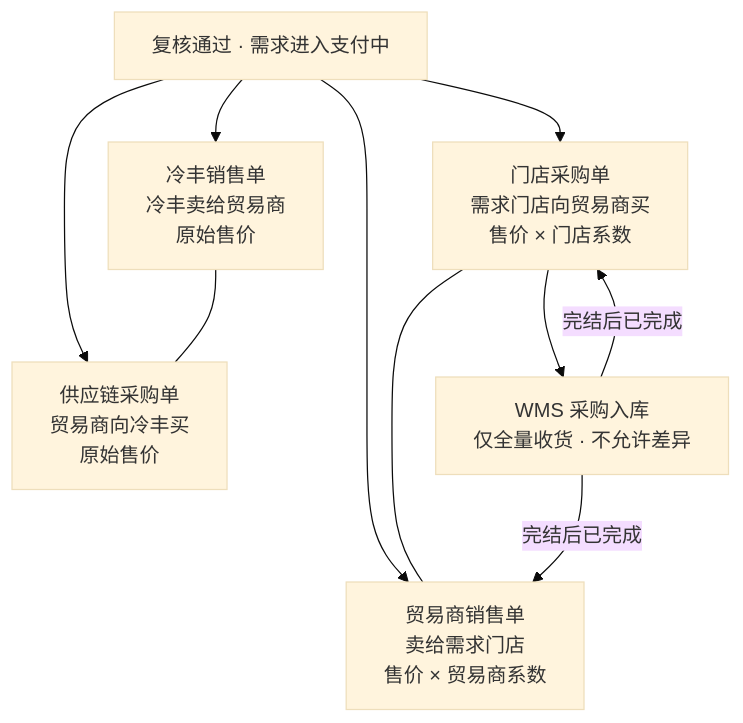
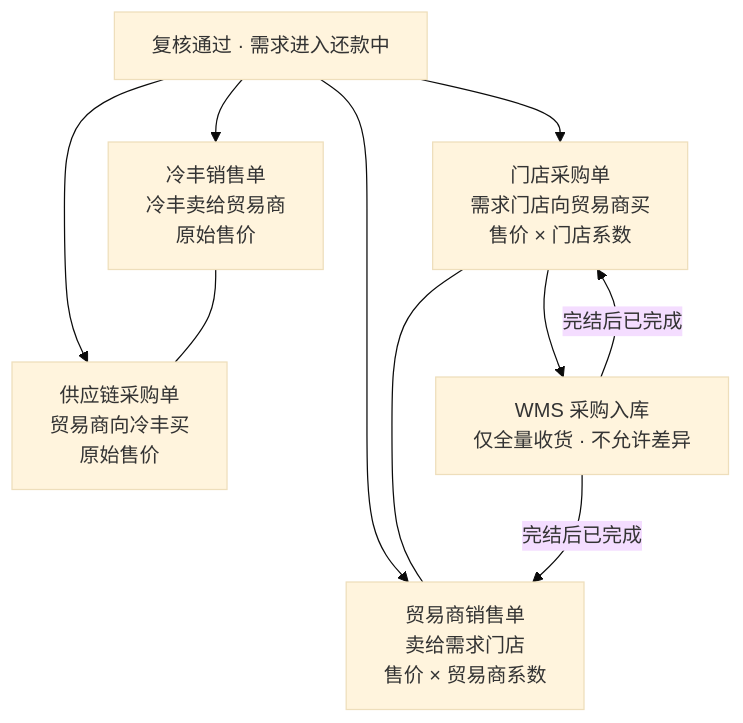
The second of 4 diagrams in RBT/docs/需求复核后单据方案.md (342-droid/LFerp), drawn with Mermaid (base theme) before and after one commit. The commit also changed other lines of this file and 24 other files, not shown here.

````diff
--- a/RBT/docs/需求复核后单据方案.md
+++ b/RBT/docs/需求复核后单据方案.md
@@ -50,12 +50,12 @@
 ```mermaid
 flowchart TB
-  R[复核通过 · 需求进入支付中] --> S0[冷丰销售单<br/>冷丰卖给贸易商<br/>原始售价]
+  R[复核通过 · 需求进入还款中] --> S0[冷丰销售单<br/>冷丰卖给贸易商<br/>原始售价]
   R --> P1[供应链采购单<br/>贸易商向冷丰买<br/>原始售价]
   R --> P2[门店采购单<br/>需求门店向贸易商买<br/>售价 × 门店系数]
   R --> S1[贸易商销售单<br/>卖给需求门店<br/>售价 × 贸易商系数]
   S0 --- P1
   P2 --- S1
   P2 --> IBD[WMS 采购入库<br/>仅全量收货 · 不允许差异]
   IBD -->|完结后已完成| P2
   IBD -->|完结后已完成| S1
 ```
````
